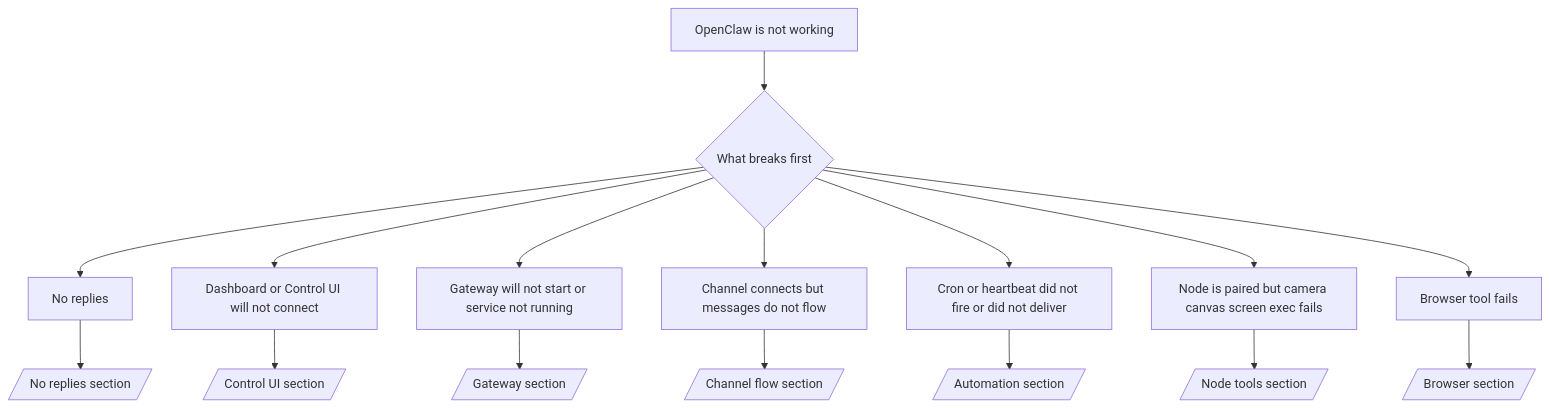
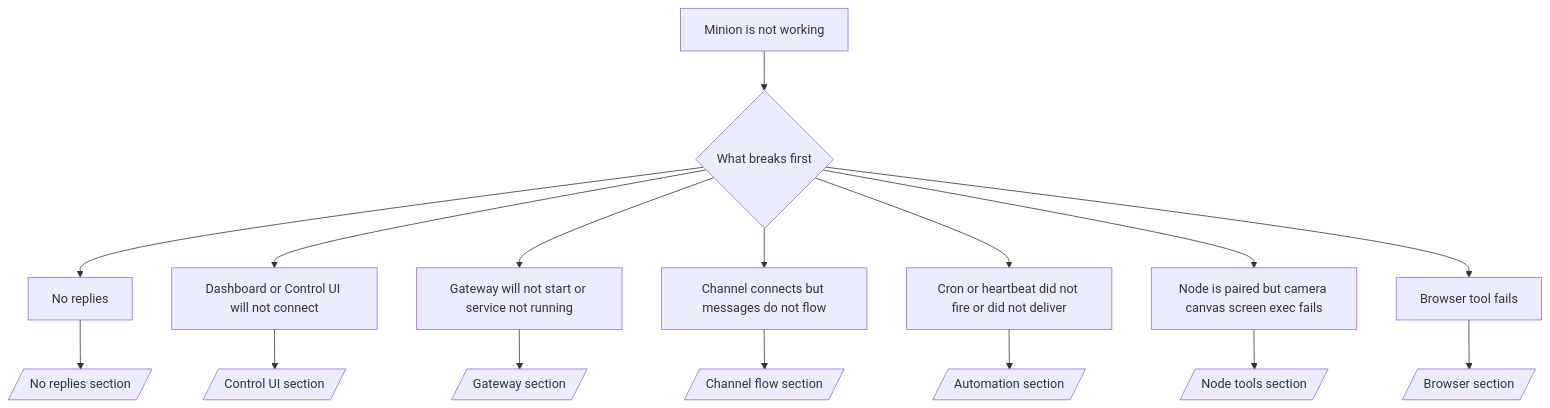
The diagram in docs/help/troubleshooting.md (NikolasP98/openclaw), drawn with Mermaid before and after one commit. The commit also changed other lines of this file and 2592 other files, not shown here.

First line of the commit message:
chore: rebrand OpenClaw → Minion

````diff
--- a/docs/help/troubleshooting.md
+++ b/docs/help/troubleshooting.md
@@ -39,19 +39,19 @@
 ```mermaid
 flowchart TD
-  A[OpenClaw is not working] --> B{What breaks first}
+  A[Minion is not working] --> B{What breaks first}
   B --> C[No replies]
   B --> D[Dashboard or Control UI will not connect]
   B --> E[Gateway will not start or service not running]
   B --> F[Channel connects but messages do not flow]
   B --> G[Cron or heartbeat did not fire or did not deliver]
   B --> H[Node is paired but camera canvas screen exec fails]
   B --> I[Browser tool fails]
 
   C --> C1[/No replies section/]
   D --> D1[/Control UI section/]
   E --> E1[/Gateway section/]
   F --> F1[/Channel flow section/]
   G --> G1[/Automation section/]
   H --> H1[/Node tools section/]
   I --> I1[/Browser section/]
 ```
````
